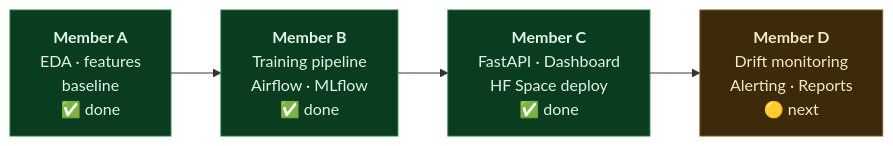
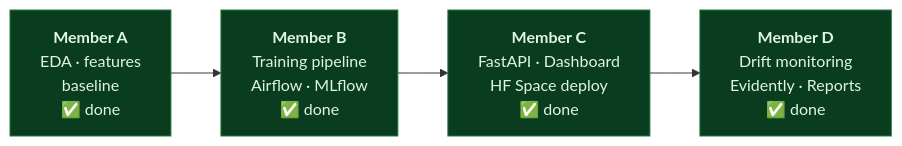
The first of 2 diagrams in README.md (T0MYYY/f1-pit-stop-prediction-adsp32021), drawn with Mermaid before and after one commit. The commit also changed other lines of this file, not shown here.

First line of the commit message:
Update README with monitoring information and status

````diff
--- a/README.md
+++ b/README.md
@@ -56,14 +57,13 @@
 ```mermaid
 flowchart LR
     A["<b>Member A</b><br/>EDA · features<br/>baseline<br/>✅ done"]
     B["<b>Member B</b><br/>Training pipeline<br/>Airflow · MLflow<br/>✅ done"]
     C["<b>Member C</b><br/>FastAPI · Dashboard<br/>HF Space deploy<br/>✅ done"]
-    D["<b>Member D</b><br/>Drift monitoring<br/>Alerting · Reports<br/>🟡 next"]
+    D["<b>Member D</b><br/>Drift monitoring<br/>Evidently · Reports<br/>✅ done"]
 
     A --> B --> C --> D
 
     classDef done fill:#0a3d1f,stroke:#1f7a3d,color:#dff5e7,stroke-width:1px;
     classDef todo fill:#3d2a0a,stroke:#7a5b1f,color:#f5e7c7,stroke-width:1px;
-    class A,B,C done
-    class D todo
+    class A,B,C,D done
 ```
````
